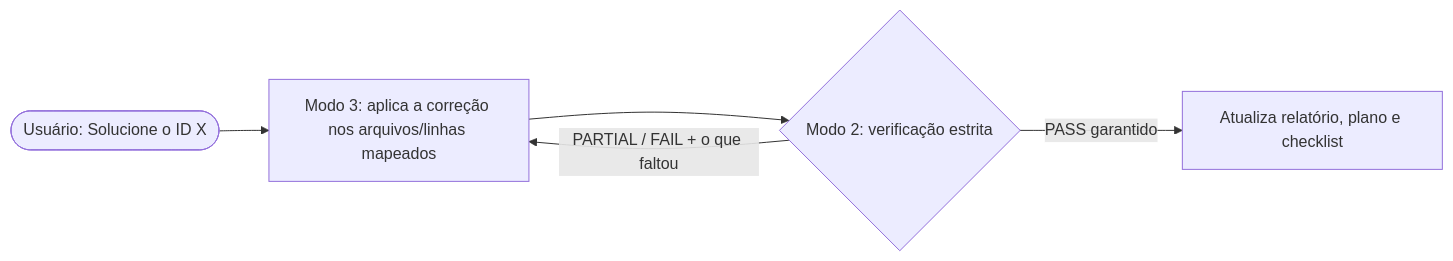
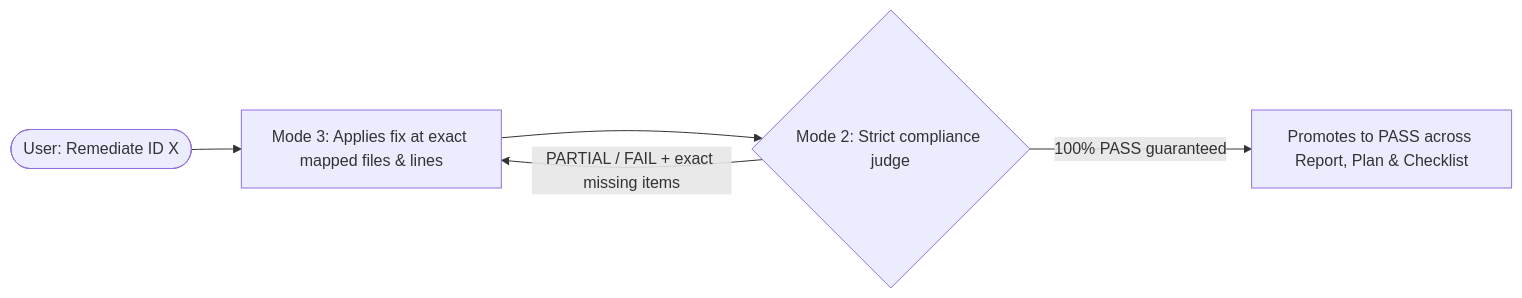
Before and after one commit to BrunoReiff/embed-sec-auditor: the diagram in README.md, drawn with Mermaid. The commit also changed other lines of this file and 9 other files, not shown here.

````diff
--- a/README.md
+++ b/README.md
@@ -91,7 +91,7 @@
 ```mermaid
 flowchart LR
-    U(["Usuário: Solucione o ID X"]) --> M3["Modo 3: aplica a correção nos arquivos/linhas mapeados"]
-    M3 --> M2{"Modo 2: verificação estrita"}
-    M2 -->|"PARTIAL / FAIL + o que faltou"| M3
-    M2 -->|"PASS garantido"| OK["Atualiza relatório, plano e checklist"]
+    U(["User: Remediate ID X"]) --> M3["Mode 3: Applies fix at exact mapped files & lines"]
+    M3 --> M2{"Mode 2: Strict compliance judge"}
+    M2 -->|"PARTIAL / FAIL + exact missing items"| M3
+    M2 -->|"100% PASS guaranteed"| OK["Promotes to PASS across Report, Plan & Checklist"]
 ```
````
